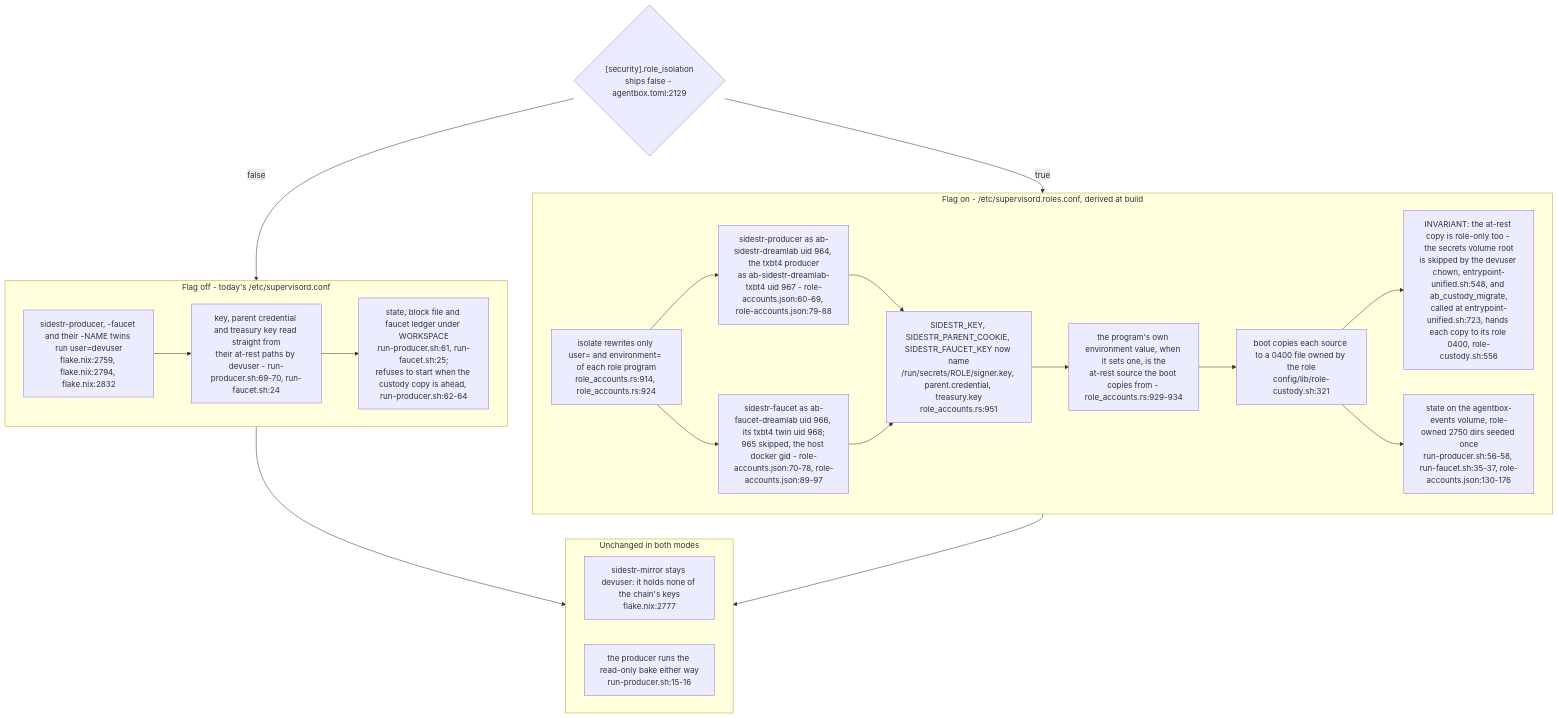
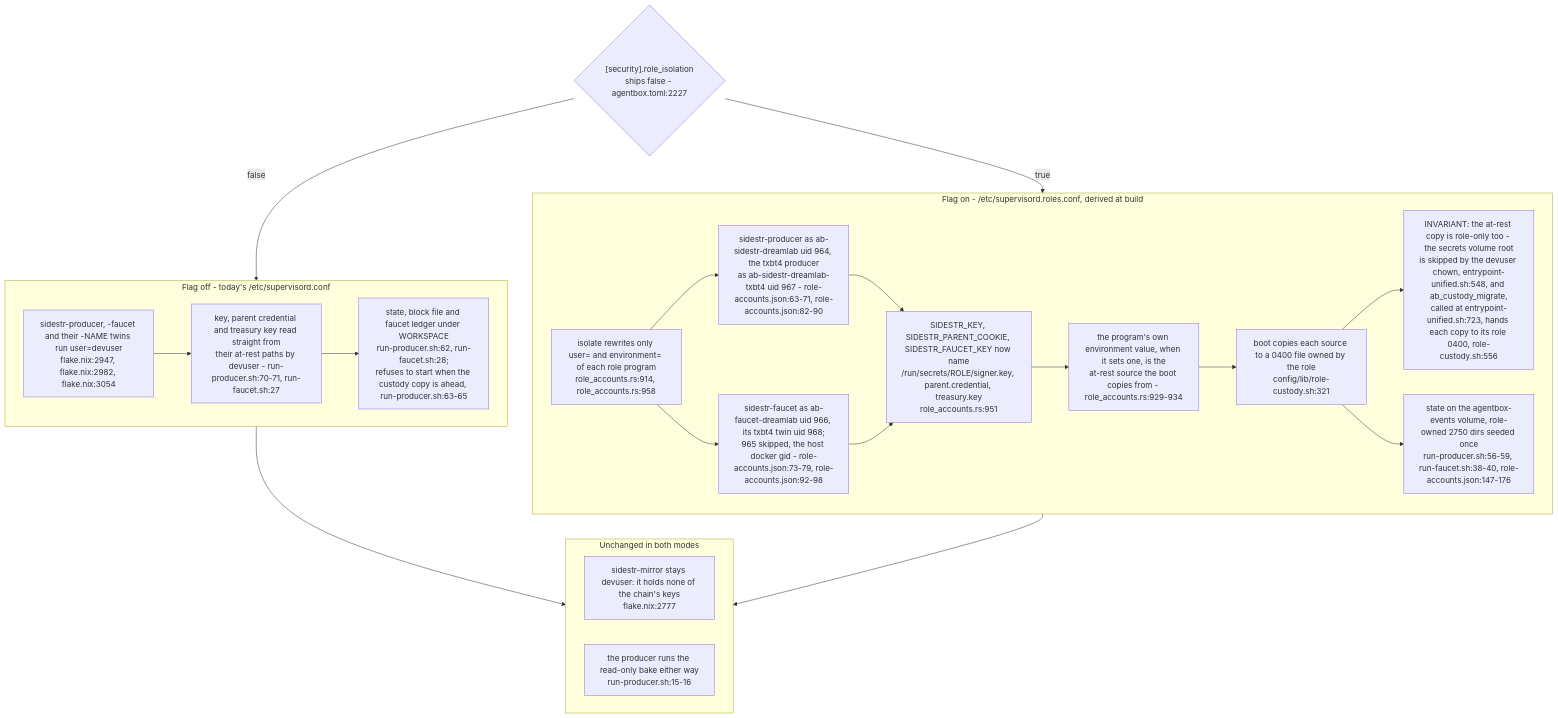
Before and after one commit to DreamLab-AI/VisionFlow: the sixth of 6 diagrams in docs/diagrams/agentbox/34-sidestr-interim-producer-and-mirror.md, drawn with Mermaid. The commit also changed other lines of this file and 111 other files, not shown here.

Commit message:
docs(diagrams): align estate maps with current source

````diff
--- a/docs/diagrams/agentbox/34-sidestr-interim-producer-and-mirror.md
+++ b/docs/diagrams/agentbox/34-sidestr-interim-producer-and-mirror.md
@@ -247,33 +247,33 @@
 ```mermaid
 flowchart TB
-    FLAG{"[security].role_isolation<br/>ships false - agentbox.toml:2129"}
+    FLAG{"[security].role_isolation<br/>ships false - agentbox.toml:2227"}
     subgraph off["Flag off - today's /etc/supervisord.conf"]
-        O1["sidestr-producer, -faucet and their -NAME twins run user=devuser<br/>flake.nix:2759, flake.nix:2794, flake.nix:2832"]
-        O2["key, parent credential and treasury key read straight from<br/>their at-rest paths by devuser - run-producer.sh:69-70, run-faucet.sh:24"]
-        O3["state, block file and faucet ledger under WORKSPACE<br/>run-producer.sh:61, run-faucet.sh:25;<br/>refuses to start when the custody copy is ahead, run-producer.sh:62-64"]
+        O1["sidestr-producer, -faucet and their -NAME twins run user=devuser<br/>flake.nix:2947, flake.nix:2982, flake.nix:3054"]
+        O2["key, parent credential and treasury key read straight from<br/>their at-rest paths by devuser - run-producer.sh:70-71, run-faucet.sh:27"]
+        O3["state, block file and faucet ledger under WORKSPACE<br/>run-producer.sh:62, run-faucet.sh:28;<br/>refuses to start when the custody copy is ahead, run-producer.sh:63-65"]
         O1 --> O2 --> O3
     end
     subgraph on["Flag on - /etc/supervisord.roles.conf, derived at build"]
-        R1["isolate rewrites only user= and environment= of each role program<br/>role_accounts.rs:914, role_accounts.rs:924"]
-        R2["sidestr-producer as ab-sidestr-dreamlab uid 964, the txbt4 producer<br/>as ab-sidestr-dreamlab-txbt4 uid 967 - role-accounts.json:60-69, role-accounts.json:79-88"]
-        R3["sidestr-faucet as ab-faucet-dreamlab uid 966, its txbt4 twin uid 968;<br/>965 skipped, the host docker gid - role-accounts.json:70-78, role-accounts.json:89-97"]
+        R1["isolate rewrites only user= and environment= of each role program<br/>role_accounts.rs:914, role_accounts.rs:958"]
+        R2["sidestr-producer as ab-sidestr-dreamlab uid 964, the txbt4 producer<br/>as ab-sidestr-dreamlab-txbt4 uid 967 - role-accounts.json:63-71, role-accounts.json:82-90"]
+        R3["sidestr-faucet as ab-faucet-dreamlab uid 966, its txbt4 twin uid 968;<br/>965 skipped, the host docker gid - role-accounts.json:73-79, role-accounts.json:92-98"]
         R4["SIDESTR_KEY, SIDESTR_PARENT_COOKIE, SIDESTR_FAUCET_KEY now name<br/>/run/secrets/ROLE/signer.key, parent.credential, treasury.key<br/>role_accounts.rs:951"]
         R5["the program's own environment value, when it sets one, is the<br/>at-rest source the boot copies from - role_accounts.rs:929-934"]
         R6["boot copies each source to a 0400 file owned by the role<br/>config/lib/role-custody.sh:321"]
         R7["INVARIANT: the at-rest copy is role-only too - the secrets volume root<br/>is skipped by the devuser chown, entrypoint-unified.sh:548, and ab_custody_migrate,<br/>called at entrypoint-unified.sh:723, hands each copy to its role 0400, role-custody.sh:556"]
-        R8["state on the agentbox-events volume, role-owned 2750 dirs seeded once<br/>run-producer.sh:56-58, run-faucet.sh:35-37, role-accounts.json:130-176"]
+        R8["state on the agentbox-events volume, role-owned 2750 dirs seeded once<br/>run-producer.sh:56-59, run-faucet.sh:38-40, role-accounts.json:147-176"]
         R6 --> R7
         R6 --> R8
         R1 --> R2 --> R4
         R1 --> R3 --> R4
         R4 --> R5 --> R6
     end
     subgraph same["Unchanged in both modes"]
         U1["sidestr-mirror stays devuser: it holds none of the chain's keys<br/>flake.nix:2777"]
         U2["the producer runs the read-only bake either way<br/>run-producer.sh:15-16"]
     end
     FLAG -->|false| off
     FLAG -->|true| on
     off --> same
     on --> same
 ```
````
